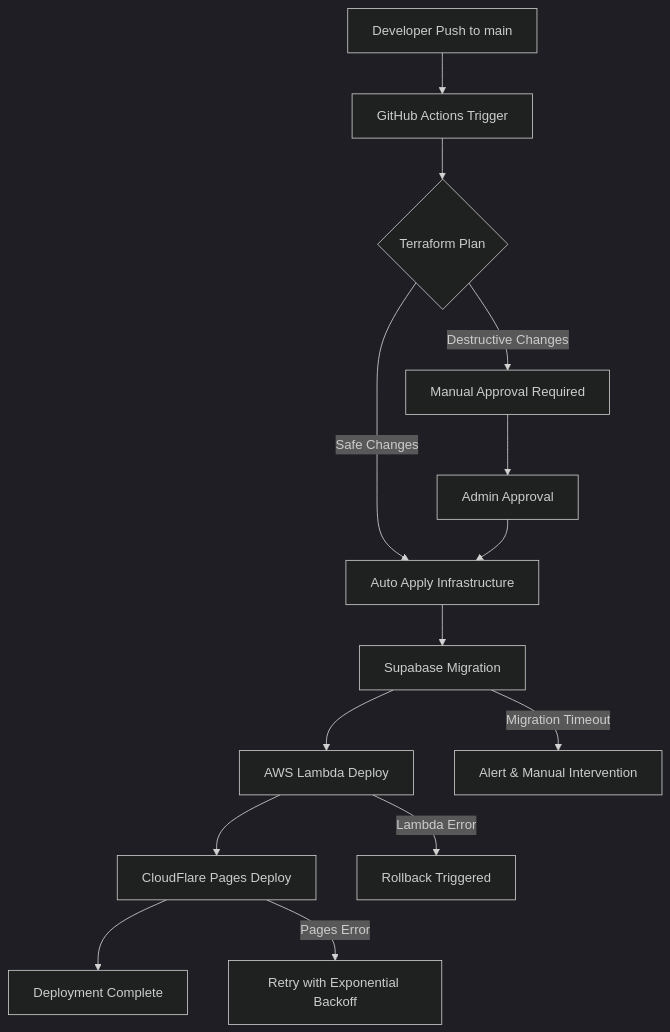
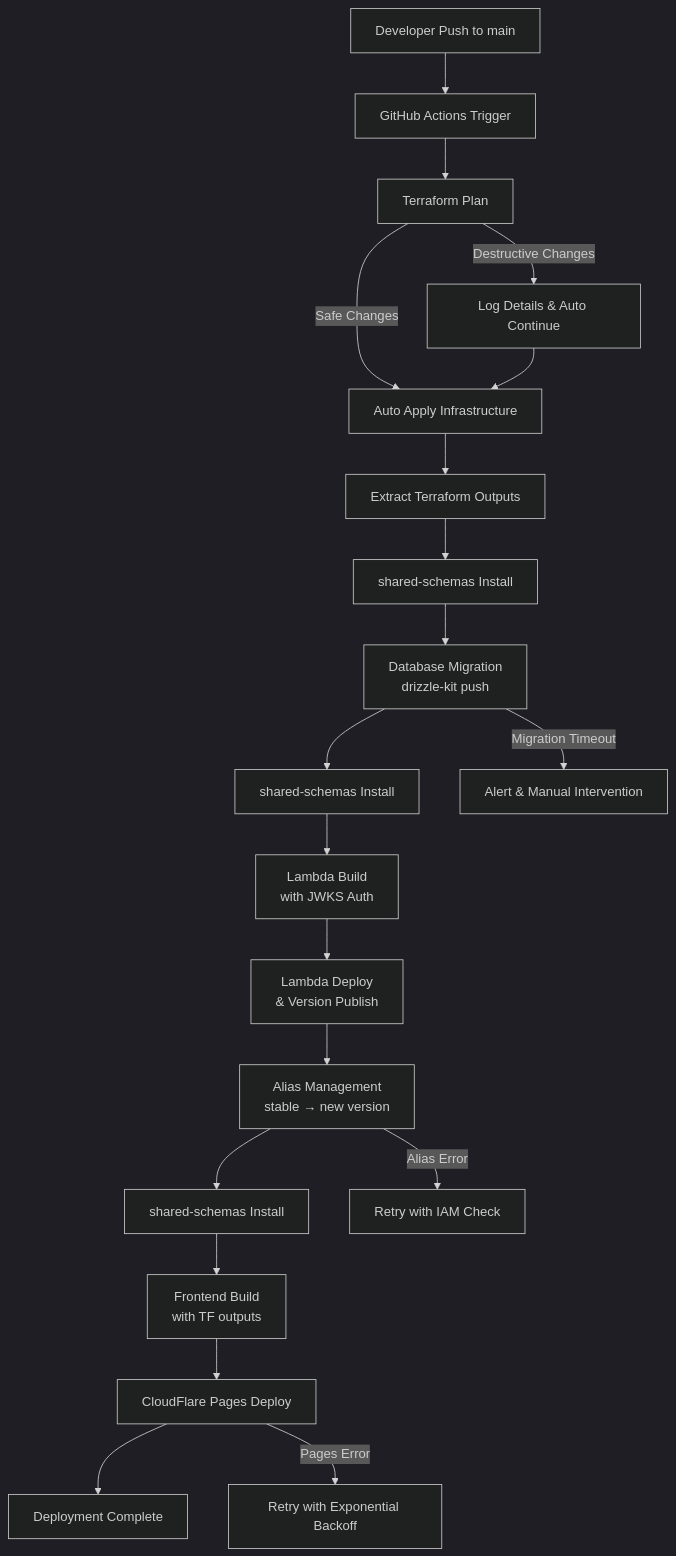
One commit to rimanem18/hoxt-backlog changed the first of 9 diagrams in docs/design/continuous-deployment/dataflow.md. Above: the diagram before and after it, drawn with Mermaid (dark theme). The commit also changed other lines of this file and 6 other files, not shown here.

````diff
--- a/docs/design/continuous-deployment/dataflow.md
+++ b/docs/design/continuous-deployment/dataflow.md
@@ -8,17 +8,23 @@
 ```mermaid
 flowchart TD
     A[Developer Push to main] --> B[GitHub Actions Trigger]
-    B --> C{Terraform Plan}
-    C -->|Destructive Changes| D[Manual Approval Required]
+    B --> C[Terraform Plan]
+    C -->|Destructive Changes| D[Log Details & Auto Continue]
     C -->|Safe Changes| E[Auto Apply Infrastructure]
-    D --> F[Admin Approval]
-    F --> E
-    E --> G[Supabase Migration]
-    G --> H[AWS Lambda Deploy]
-    H --> I[CloudFlare Pages Deploy]
-    I --> J[Deployment Complete]
+    D --> E
+    E --> F[Extract Terraform Outputs]
+    F --> G[shared-schemas Install]
+    G --> H[Database Migration<br/>drizzle-kit push]
+    H --> I[shared-schemas Install]
+    I --> J[Lambda Build<br/>with JWKS Auth]
+    J --> K[Lambda Deploy<br/>& Version Publish]
+    K --> L[Alias Management<br/>stable → new version]
+    L --> M[shared-schemas Install]
+    M --> N[Frontend Build<br/>with TF outputs]
+    N --> O[CloudFlare Pages Deploy]
+    O --> P[Deployment Complete]
     
-    G -->|Migration Timeout| K[Alert & Manual Intervention]
-    H -->|Lambda Error| L[Rollback Triggered]
-    I -->|Pages Error| M[Retry with Exponential Backoff]
+    H -->|Migration Timeout| Q[Alert & Manual Intervention]
+    L -->|Alias Error| R[Retry with IAM Check]
+    O -->|Pages Error| S[Retry with Exponential Backoff]
 ```
````
